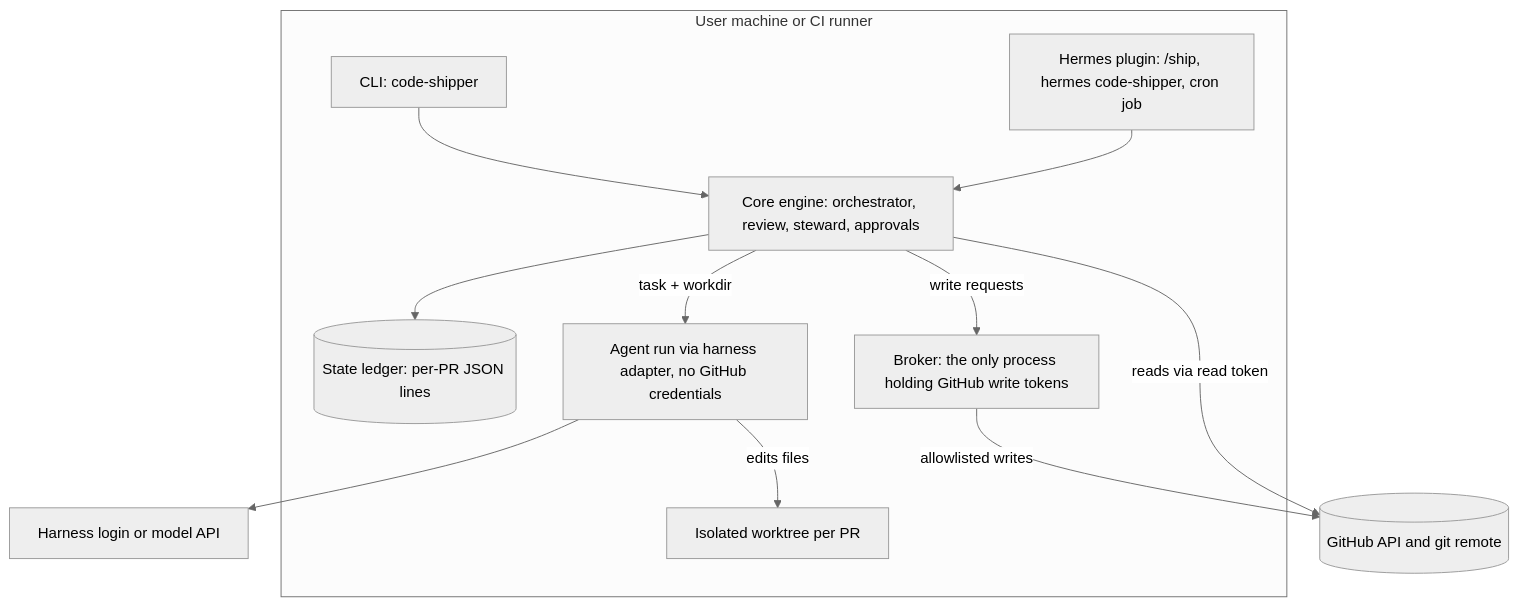
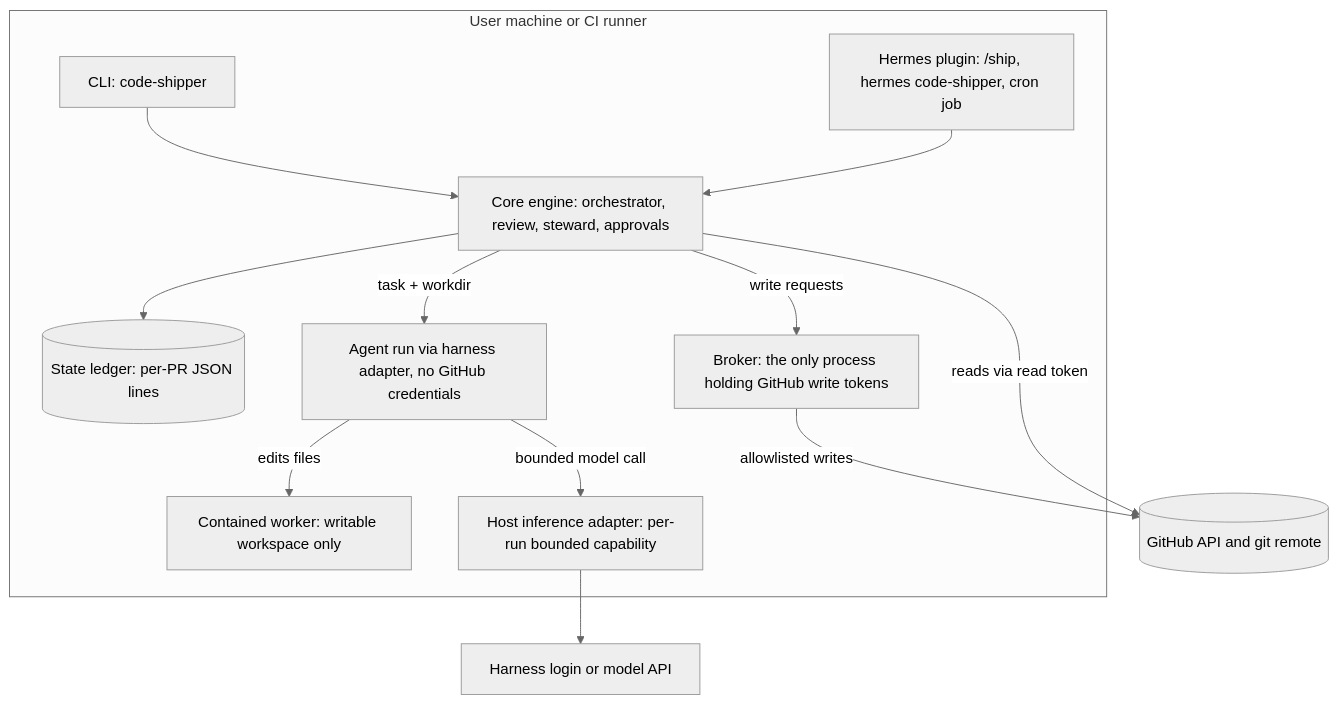
One commit to Sahil-SS9/code-shipper changed the second of 3 diagrams in docs/architecture.md. Above: the diagram before and after it, drawn with Mermaid (neutral theme). The commit also changed other lines of this file and 8 other files, not shown here.

````diff
--- a/docs/architecture.md
+++ b/docs/architecture.md
@@ -21,24 +22,26 @@
 ```mermaid
 flowchart TB
   subgraph host[User machine or CI runner]
     cli[CLI: code-shipper]
     plugin[Hermes plugin: /ship, hermes code-shipper, cron job]
     engine[Core engine: orchestrator, review, steward, approvals]
     ledger[(State ledger: per-PR JSON lines)]
     broker[Broker: the only process holding GitHub write tokens]
-    work[Isolated worktree per PR]
+    work[Contained worker: writable workspace only]
     agent[Agent run via harness adapter, no GitHub credentials]
+    inference[Host inference adapter: per-run bounded capability]
   end
   gh[(GitHub API and git remote)]
   model[Harness login or model API]
 
   cli --> engine
   plugin --> engine
   engine --> ledger
   engine -->|task + workdir| agent
-  agent --> model
+  agent -->|bounded model call| inference
+  inference --> model
   agent -->|edits files| work
   engine -->|write requests| broker
   broker -->|allowlisted writes| gh
   engine -->|reads via read token| gh
 ```
````
